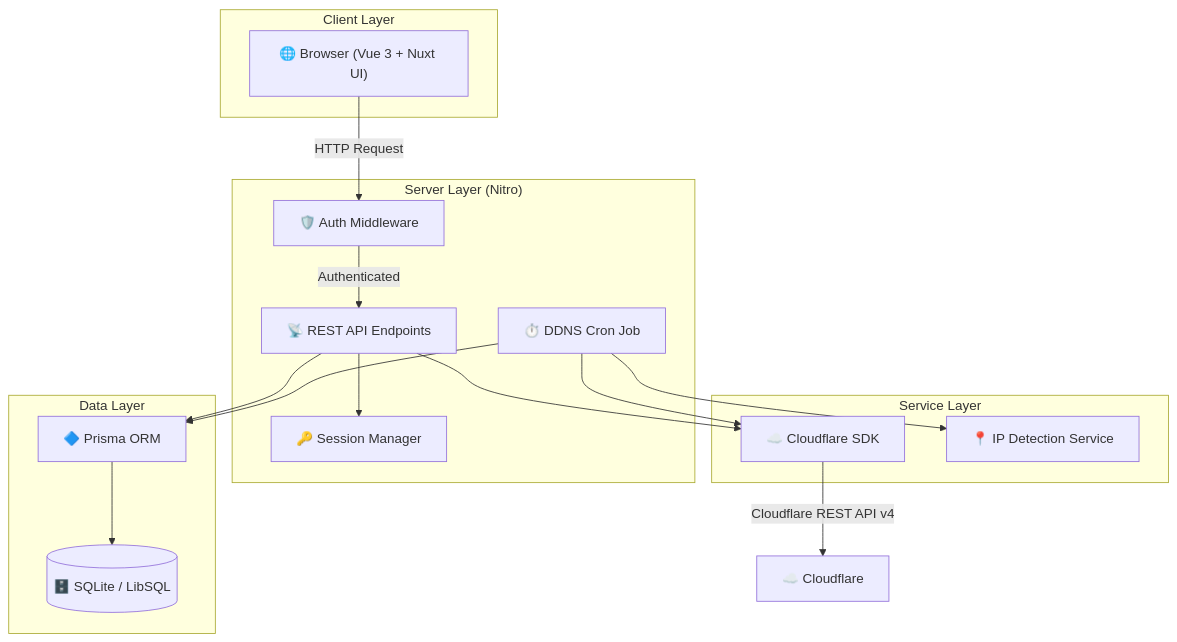
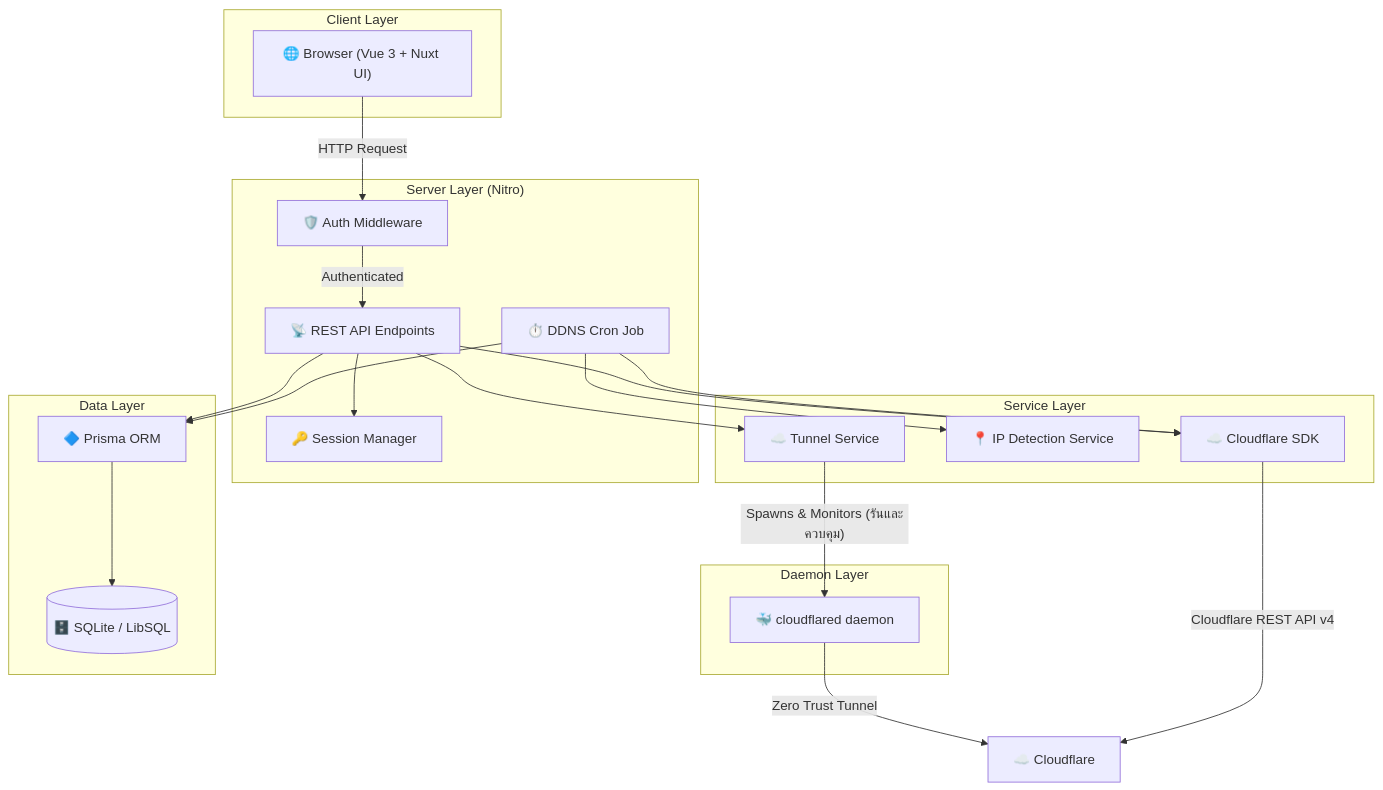
Before and after one commit to riiixch/TetherDNS: the diagram in README-TH.md, drawn with Mermaid. The commit also changed other lines of this file and 3 other files, not shown here.

Commit message:
feat: integrate Cloudflare Tunnel support, update documentation, and bump project dependencies

````diff
--- a/README-TH.md
+++ b/README-TH.md
@@ -120,34 +120,42 @@
 ```mermaid
 graph TD
     subgraph "Client Layer"
         Browser["🌐 Browser (Vue 3 + Nuxt UI)"]
     end
 
     subgraph "Server Layer (Nitro)"
         Middleware["🛡️ Auth Middleware"]
         API["📡 REST API Endpoints"]
         Session["🔑 Session Manager"]
         Cron["⏱️ DDNS Cron Job"]
     end
 
     subgraph "Service Layer"
         CFService["☁️ Cloudflare SDK"]
         IPService["📍 IP Detection Service"]
+        TunnelService["☁️ Tunnel Service"]
+    end
+
+    subgraph "Daemon Layer"
+        Cloudflared["🐳 cloudflared daemon"]
     end
 
     subgraph "Data Layer"
         Prisma["🔷 Prisma ORM"]
         SQLite[("🗄️ SQLite / LibSQL")]
     end
 
     Browser -->|"HTTP Request"| Middleware
     Middleware -->|"Authenticated"| API
     API --> Session
     API --> CFService
+    API --> TunnelService
     API --> Prisma
     Cron --> IPService
     Cron --> CFService
     Cron --> Prisma
-    CFService -->|"Cloudflare REST API v4"| Cloudflare["☁️ Cloudflare"]
+    TunnelService -->|"Spawns & Monitors (รันและควบคุม)"| Cloudflared
+    Cloudflared -->|"Zero Trust Tunnel"| Cloudflare["☁️ Cloudflare"]
+    CFService -->|"Cloudflare REST API v4"| Cloudflare
     Prisma --> SQLite
 ```
````
